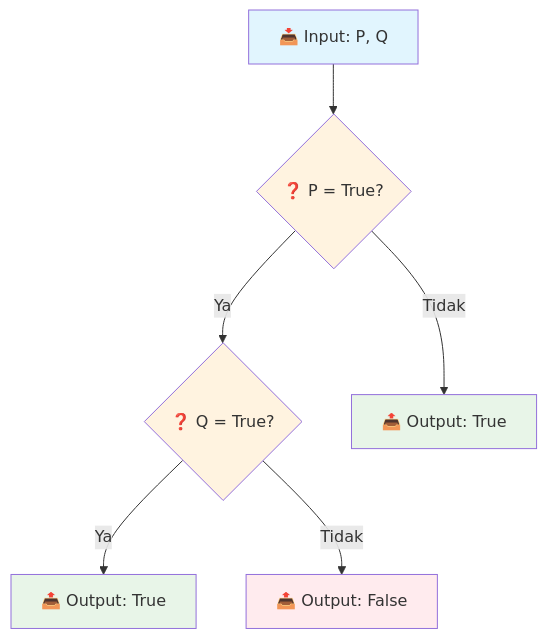
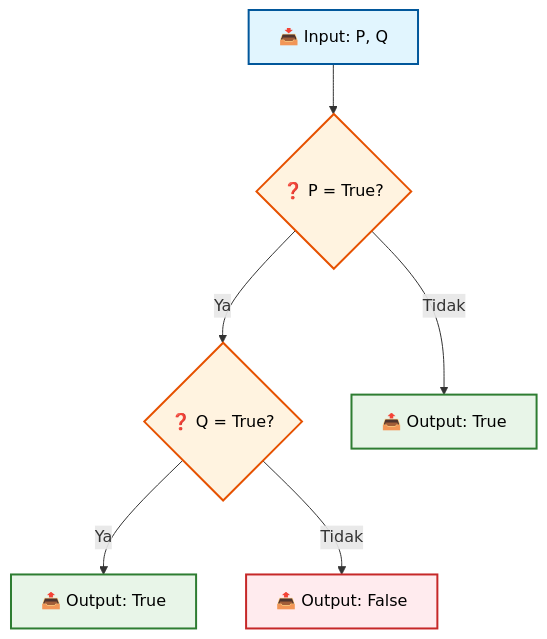
One commit to antonprafanto/logikamatematika changed the fourth of 7 diagrams in pertemuan2.md. Above: the diagram before and after it, drawn with Mermaid. The commit also changed other lines of this file, not shown here.

````diff
--- a/pertemuan2.md
+++ b/pertemuan2.md
@@ -287,15 +287,15 @@
 ```mermaid
 flowchart TD
     A[📥 Input: P, Q] --> B{❓ P = True?}
     B -->|Ya| C{❓ Q = True?}
     B -->|Tidak| D[📤 Output: True]
     C -->|Ya| E[📤 Output: True]
     C -->|Tidak| F[📤 Output: False]
     
-    style A fill:#e1f5fe
-    style B fill:#fff3e0
-    style C fill:#fff3e0
-    style D fill:#e8f5e8
-    style E fill:#e8f5e8
-    style F fill:#ffebee
+    style A fill:#e1f5fe,stroke:#01579b,stroke-width:2px,color:#000
+    style B fill:#fff3e0,stroke:#e65100,stroke-width:2px,color:#000
+    style C fill:#fff3e0,stroke:#e65100,stroke-width:2px,color:#000
+    style D fill:#e8f5e8,stroke:#2e7d32,stroke-width:2px,color:#000
+    style E fill:#e8f5e8,stroke:#2e7d32,stroke-width:2px,color:#000
+    style F fill:#ffebee,stroke:#c62828,stroke-width:2px,color:#000
 ```
````
